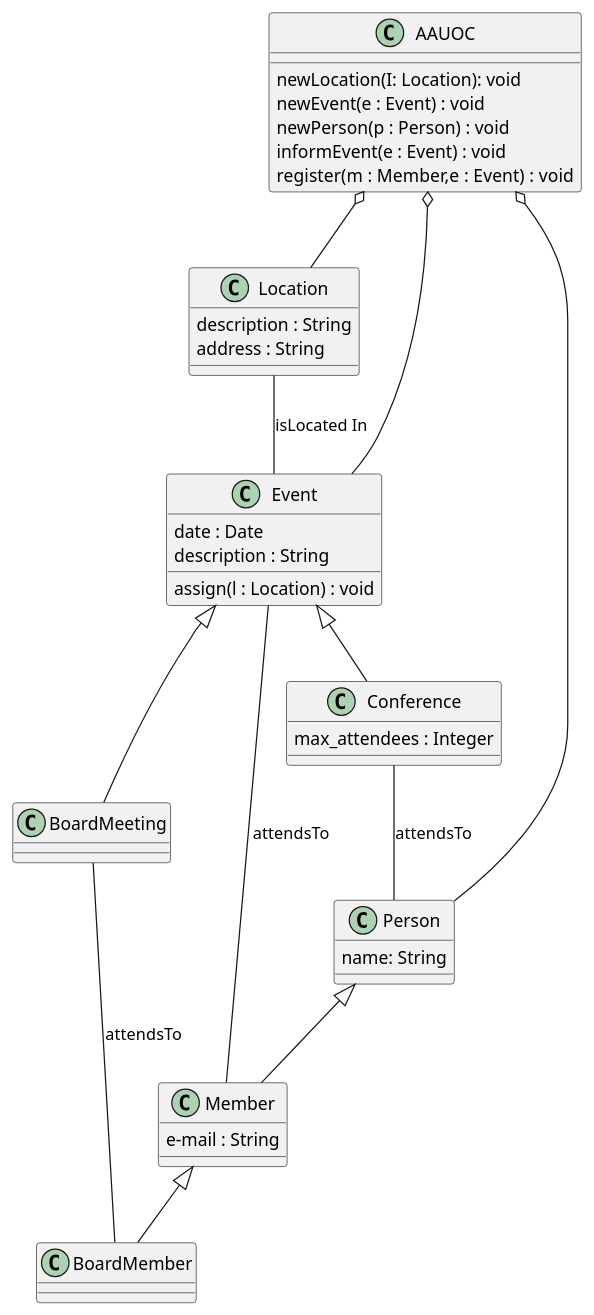
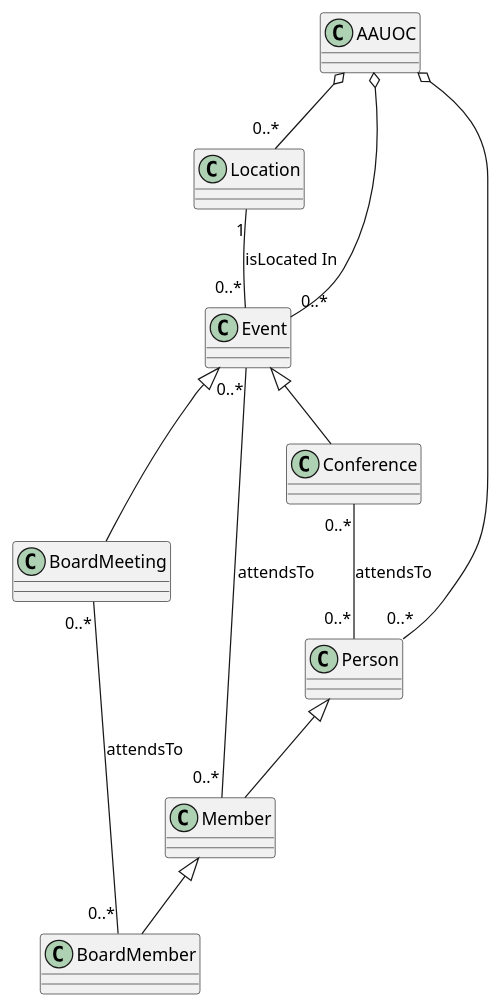
One commit to kande0/UMLClasesCarlosBlascoEspada changed the diagram in src/Práctica_CarlosBlascoEspada.puml. Above: the diagram before and after it, drawn with PlantUML. The commit also changed 3 other files, not shown here.

```diff
--- a/src/Práctica_CarlosBlascoEspada.puml
+++ b/src/Práctica_CarlosBlascoEspada.puml
@@ -1,54 +1,41 @@
 @startuml
 class Member{
-    e-mail : String
 }
 
 class BoardMember {
 }
 
 class Event {
-    date : Date
-    description : String
-    assign(l : Location) : void
 }
 
 class Conference {
-    max_attendees : Integer
 }
 
 class BoardMeeting {
 }
 
 class Location {
-    description : String
-    address : String
 }
 
 class Person {
-    name: String
 }
 
 class AAUOC {
-    newLocation(I: Location): void
-    newEvent(e : Event) : void
-    newPerson(p : Person) : void
-    informEvent(e : Event) : void
-    register(m : Member,e : Event) : void
 }
 
 Event <|-- Conference
 Event <|-- BoardMeeting
 
 Person <|-- Member
 Member <|-- BoardMember
 
-AAUOC o-- Event
-AAUOC o-- Person
-AAUOC o-- Location
+AAUOC o-- "0..*" Event
+AAUOC o-- "0..*" Person
+AAUOC o-- "0..*" Location
 
-Location -- Event : isLocated In
-Event -- Member : attendsTo
-BoardMeeting -- BoardMember : attendsTo
-Conference -- Person : attendsTo
+Location "1" -- "0..*" Event : isLocated In
+Event "0..*" -- "0..*" Member : attendsTo
+BoardMeeting "0..*" -- "0..*" BoardMember : attendsTo
+Conference "0..*" -- "0..*" Person : attendsTo
 
 @enduml
```
